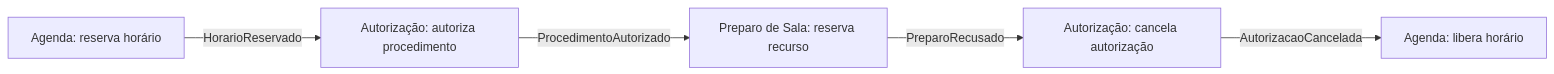
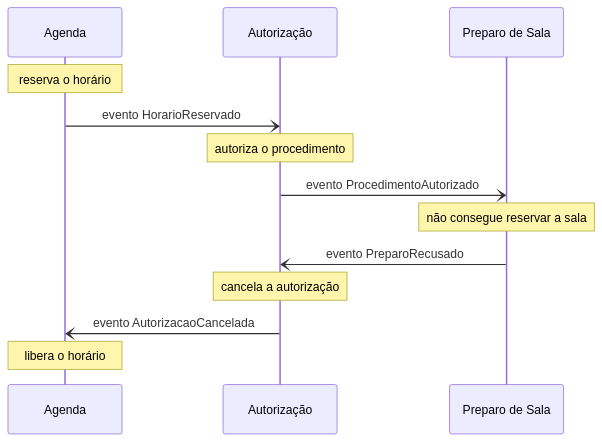
Before and after one commit to marco-mendes/arquitetura-software: the fifth of 7 diagrams in docs/modulo-3-servicos/padroes-e-decisoes.md, drawn with Mermaid. The commit also changed other lines of this file and 3 other files, not shown here.

First line of the commit message:
docs(modulo-3): diagramas legíveis na largura da página

````diff
--- a/docs/modulo-3-servicos/padroes-e-decisoes.md
+++ b/docs/modulo-3-servicos/padroes-e-decisoes.md
@@ -388,7 +388,15 @@
 ```mermaid
-flowchart LR
-    A[Agenda: reserva horário] -->|HorarioReservado| B[Autorização: autoriza procedimento]
-    B -->|ProcedimentoAutorizado| C[Preparo de Sala: reserva recurso]
-    C -->|PreparoRecusado| B2[Autorização: cancela autorização]
-    B2 -->|AutorizacaoCancelada| A2[Agenda: libera horário]
+sequenceDiagram
+    participant A as Agenda
+    participant U as Autorização
+    participant P as Preparo de Sala
+    Note over A: reserva o horário
+    A-)U: evento HorarioReservado
+    Note over U: autoriza o procedimento
+    U-)P: evento ProcedimentoAutorizado
+    Note over P: não consegue reservar a sala
+    P-)U: evento PreparoRecusado
+    Note over U: cancela a autorização
+    U-)A: evento AutorizacaoCancelada
+    Note over A: libera o horário
 ```
````
